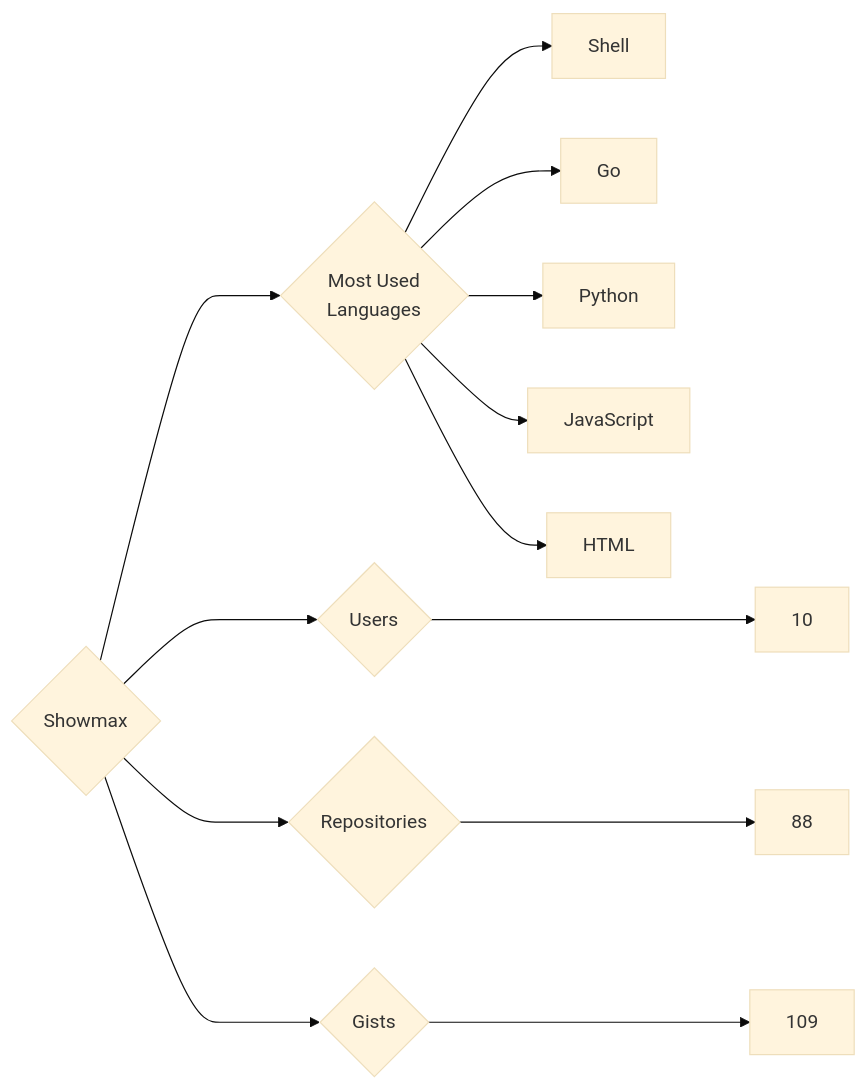
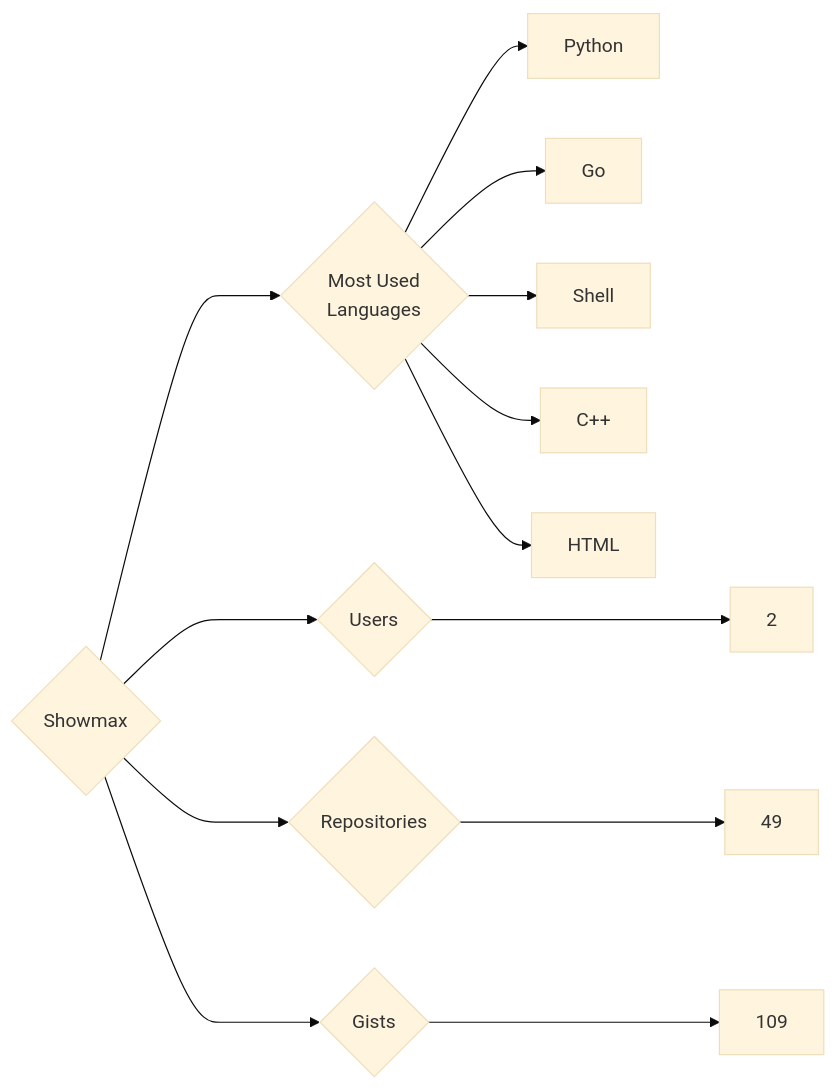
One commit to trickest/insiders changed the diagram in targets/Showmax/README.md. Above: the diagram before and after it, drawn with Mermaid (base theme). The commit also changed 725 other files, not shown here.

````diff
--- a/targets/Showmax/README.md
+++ b/targets/Showmax/README.md
@@ -3,13 +3,13 @@
 ```mermaid
 graph LR
 COMPANY_NAME{Showmax}
-COMPANY_NAME ---> U{Users} ---> UN[10]
-COMPANY_NAME ---> R{Repositories} ---> RN[88]
+COMPANY_NAME ---> U{Users} ---> UN[2]
+COMPANY_NAME ---> R{Repositories} ---> RN[49]
 COMPANY_NAME ---> G{Gists} ---> GN[109]
 COMPANY_NAME ---> ML{Most Used<br>Languages}
+ML --> Python[Python]
+ML --> Go[Go]
 ML --> Shell[Shell]
-ML --> Go[Go]
-ML --> Python[Python]
-ML --> JavaScript[JavaScript]
+ML --> C++[C++]
 ML --> HTML[HTML]
 ```
````
